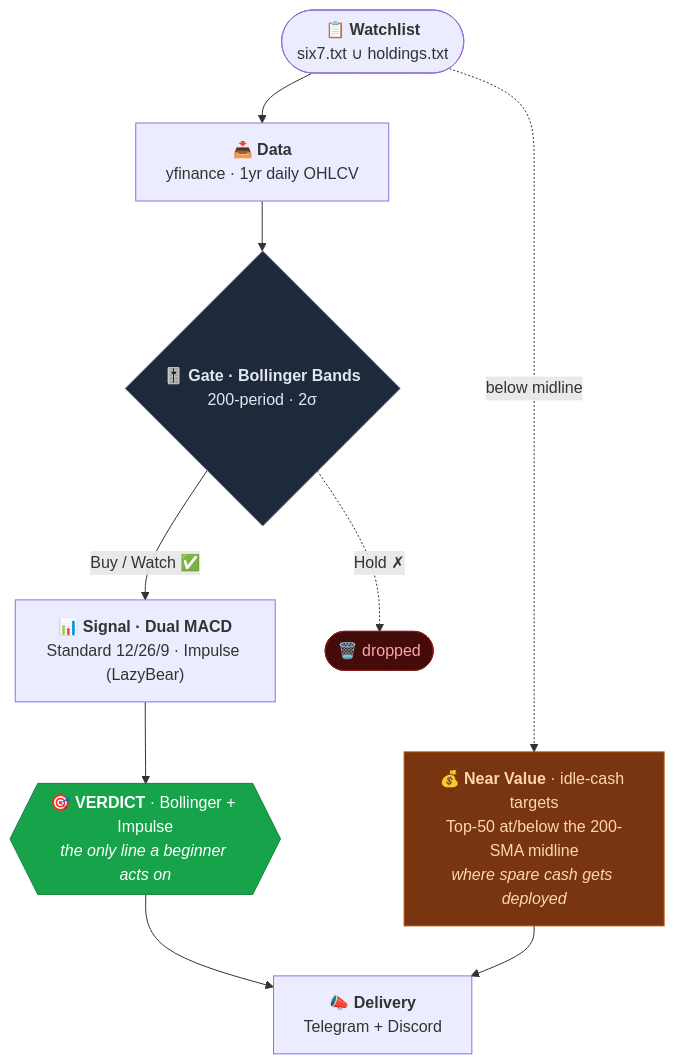
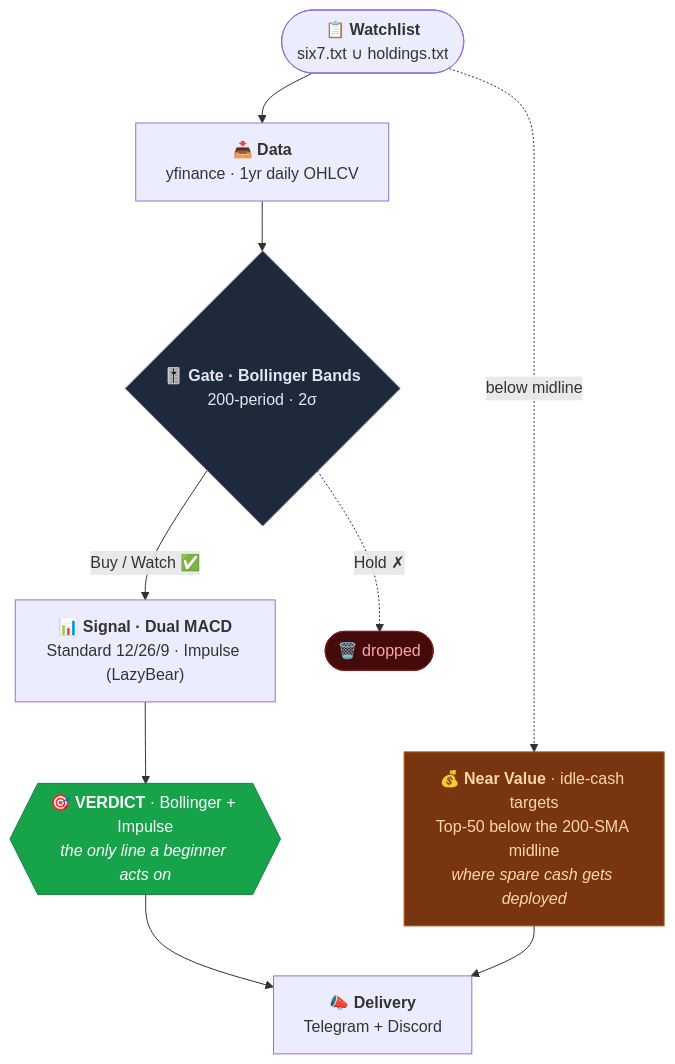
The diagram in README.md (0xCaretaker/Dip-Mafia), drawn with Mermaid before and after one commit. The commit also changed other lines of this file and 3 other files, not shown here.

First line of the commit message:
feat(bot): Near Value shows below-midline names only (drop +5% cushion)

````diff
--- a/README.md
+++ b/README.md
@@ -19,27 +19,27 @@
 ```mermaid
 flowchart TD
     A(["📋 <b>Watchlist</b><br/>six7.txt ∪ holdings.txt"])
     B["📥 <b>Data</b><br/>yfinance · 1yr daily OHLCV"]
     C{"🎚️ <b>Gate · Bollinger Bands</b><br/>200-period · 2σ"}
     D["📊 <b>Signal · Dual MACD</b><br/>Standard 12/26/9 · Impulse (LazyBear)"]
     V{{"🎯 <b>VERDICT</b> · Bollinger + Impulse<br/><i>the only line a beginner acts on</i>"}}
-    N["💰 <b>Near Value</b> · idle-cash targets<br/>Top-50 at/below the 200-SMA midline<br/><i>where spare cash gets deployed</i>"]
+    N["💰 <b>Near Value</b> · idle-cash targets<br/>Top-50 below the 200-SMA midline<br/><i>where spare cash gets deployed</i>"]
     T["📣 <b>Delivery</b><br/>Telegram + Discord"]
     X(["🗑️ dropped"])
 
     A --> B --> C
     A -.->|"below midline"| N
     C -->|"Buy / Watch ✅"| D
     C -.->|"Hold ✗"| X
     D --> V --> T
     N --> T
 
     classDef gate fill:#1e293b,stroke:#64748b,color:#e2e8f0;
     classDef verdict fill:#16a34a,stroke:#15803d,color:#ffffff;
     classDef cash fill:#78350f,stroke:#b45309,color:#fed7aa;
     classDef drop fill:#450a0a,stroke:#7f1d1d,color:#fca5a5;
     class C gate;
     class V verdict;
     class N cash;
     class X drop;
 ```
````
